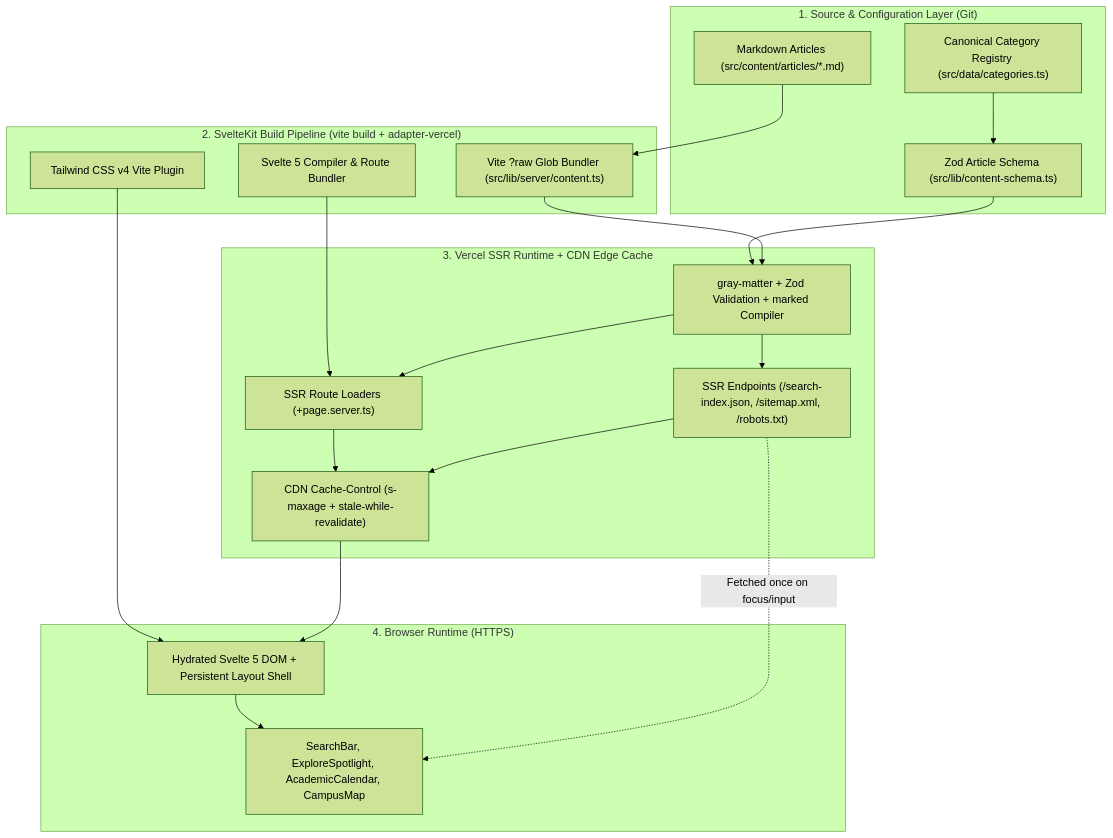
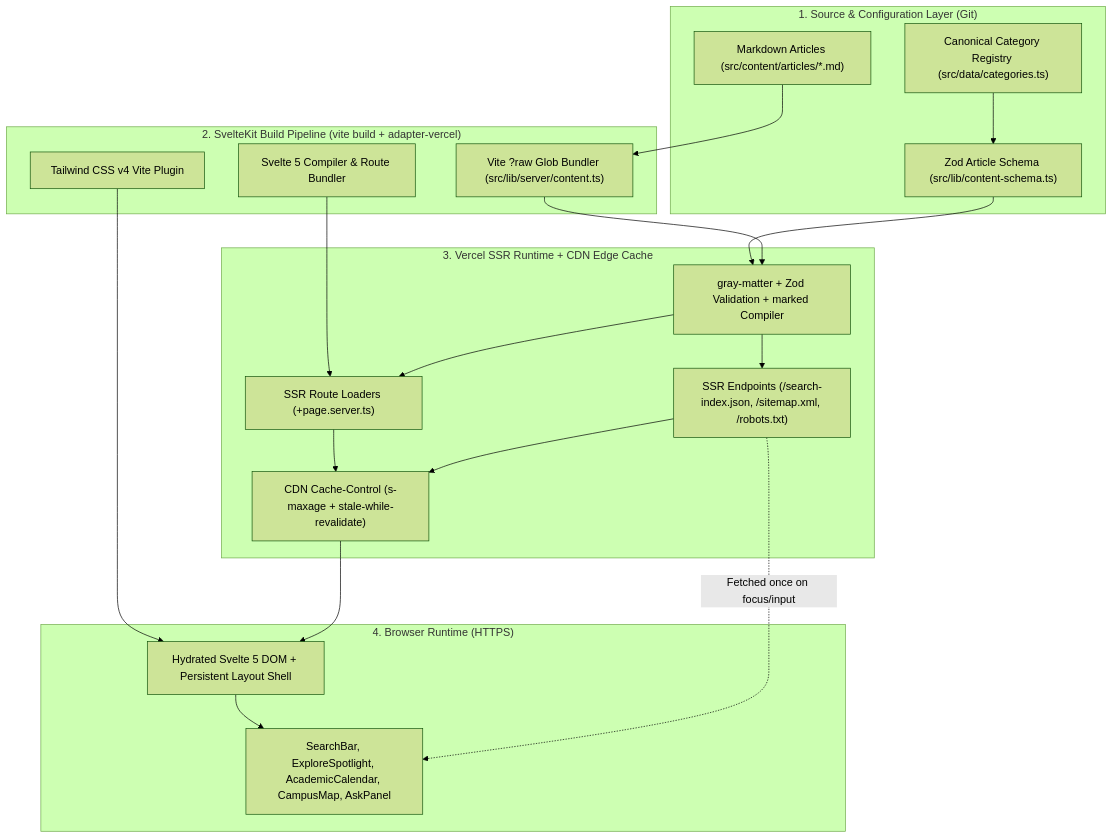
One commit to bulsutools/geary changed the first of 2 diagrams in docs/ARCHITECTURE.md. Above: the diagram before and after it, drawn with Mermaid (forest theme). The commit also changed other lines of this file and 22 other files, not shown here.

````diff
--- a/docs/ARCHITECTURE.md
+++ b/docs/ARCHITECTURE.md
@@ -33,40 +35,40 @@
 ```mermaid
 flowchart TB
     subgraph ContentConfig["1. Source & Configuration Layer (Git)"]
         MD["Markdown Articles (src/content/articles/*.md)"]
         CAT["Canonical Category Registry (src/data/categories.ts)"]
         SCHEMA["Zod Article Schema (src/lib/content-schema.ts)"]
     end
 
     subgraph BuildPipeline["2. SvelteKit Build Pipeline (vite build + adapter-vercel)"]
         GLOB["Vite ?raw Glob Bundler (src/lib/server/content.ts)"]
         SVELTE["Svelte 5 Compiler & Route Bundler"]
         TAILWIND["Tailwind CSS v4 Vite Plugin"]
     end
 
     subgraph ServerRuntime["3. Vercel SSR Runtime + CDN Edge Cache"]
         LOADER["gray-matter + Zod Validation + marked Compiler"]
         ROUTES["SSR Route Loaders (+page.server.ts)"]
         ENDPOINTS["SSR Endpoints (/search-index.json, /sitemap.xml, /robots.txt)"]
         CACHE["CDN Cache-Control (s-maxage + stale-while-revalidate)"]
     end
 
     subgraph ClientRuntime["4. Browser Runtime (HTTPS)"]
         SSR_HTML["Hydrated Svelte 5 DOM + Persistent Layout Shell"]
-        INTERACTIVE["SearchBar, ExploreSpotlight, AcademicCalendar, CampusMap"]
+        INTERACTIVE["SearchBar, ExploreSpotlight, AcademicCalendar, CampusMap, AskPanel"]
     end
 
     MD --> GLOB
     CAT --> SCHEMA
     SCHEMA --> LOADER
     GLOB --> LOADER
     SVELTE --> ROUTES
     TAILWIND --> SSR_HTML
     LOADER --> ROUTES
     LOADER --> ENDPOINTS
     ROUTES --> CACHE
     ENDPOINTS --> CACHE
     CACHE --> SSR_HTML
     SSR_HTML --> INTERACTIVE
     ENDPOINTS -.->|"Fetched once on focus/input"| INTERACTIVE
 ```
````
